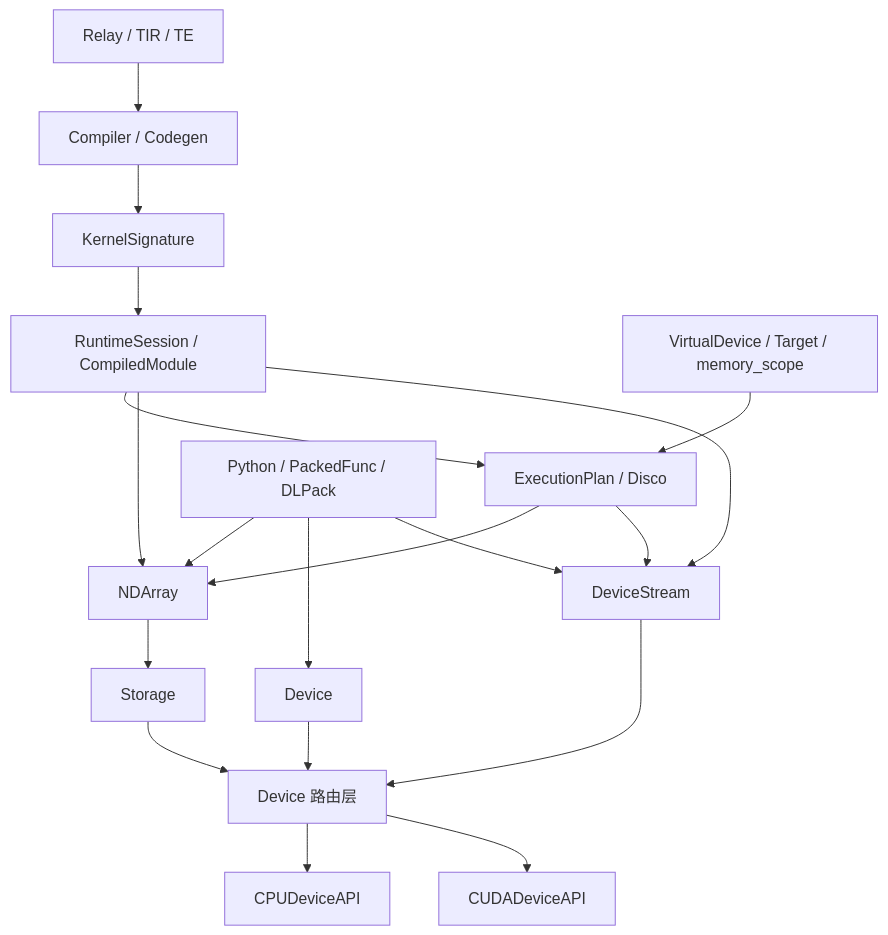
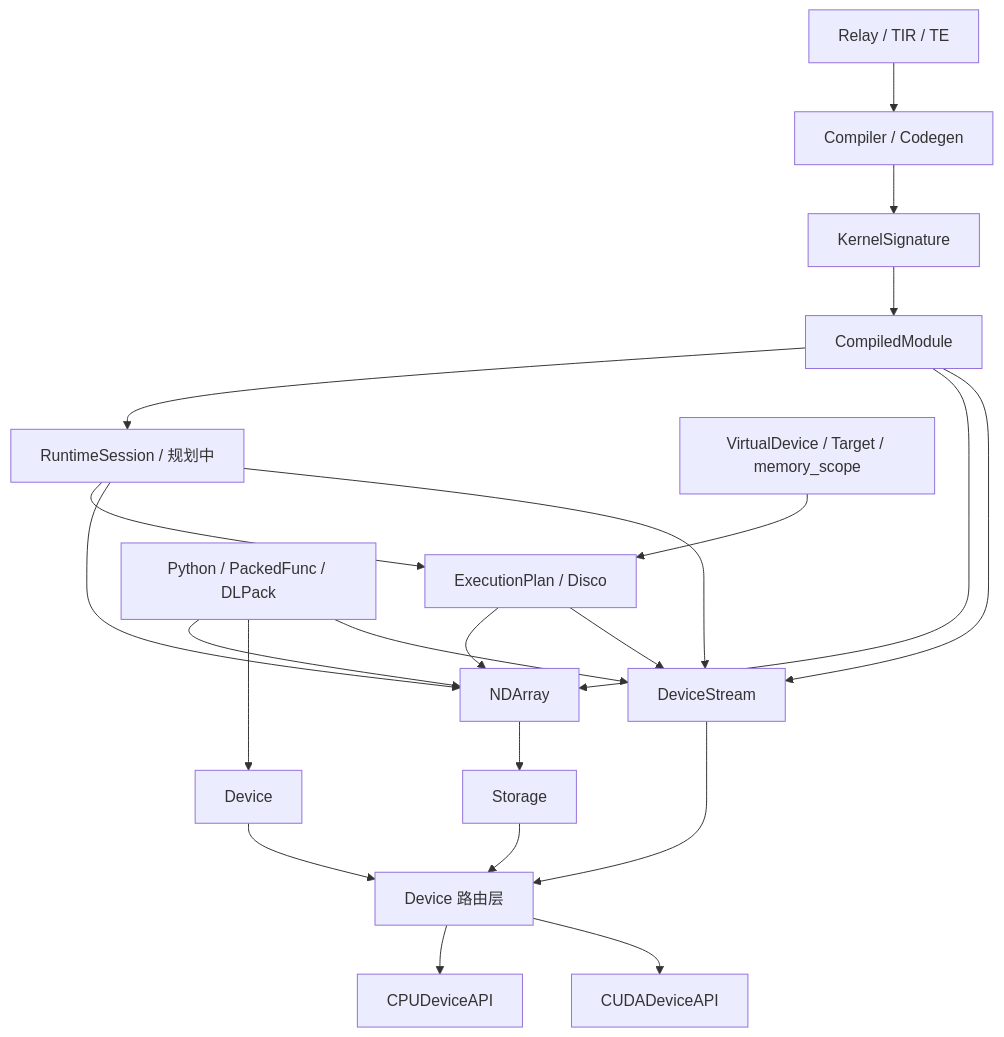
The first of 3 diagrams in docs/DEVICE_MODEL.md (KDZZZZZZ/hdkx-aicompiler), drawn with Mermaid before and after one commit. The commit also changed other lines of this file, not shown here.

Commit message:
docs: finalize compiler runtime device model

````diff
--- a/docs/DEVICE_MODEL.md
+++ b/docs/DEVICE_MODEL.md
@@ -19,25 +19,28 @@
 ```mermaid
 flowchart TB
     IR[Relay / TIR / TE] --> Compiler[Compiler / Codegen]
     Compiler --> Signature[KernelSignature]
-    Signature --> Runtime[RuntimeSession / CompiledModule]
-    Runtime --> Plan[ExecutionPlan / Disco]
+    Signature --> Runtime[CompiledModule]
+    Runtime --> FutureSession[RuntimeSession / 规划中]
+    FutureSession --> Plan[ExecutionPlan / Disco]
 
     Plan --> NDArray
     Runtime --> NDArray
+    FutureSession --> NDArray
     NDArray --> Storage
     Storage --> Router[Device 路由层]
     Router --> CPU[CPUDeviceAPI]
     Router --> CUDA[CUDADeviceAPI]
 
     Runtime --> Stream[DeviceStream]
+    FutureSession --> Stream
     Plan --> Stream
     Stream --> Router
 
     Python[Python / PackedFunc / DLPack] --> NDArray
     Python --> Device
     Python --> Stream
 
     VirtualDevice[VirtualDevice / Target / memory_scope] --> Plan
     Device --> Router
 ```
````
